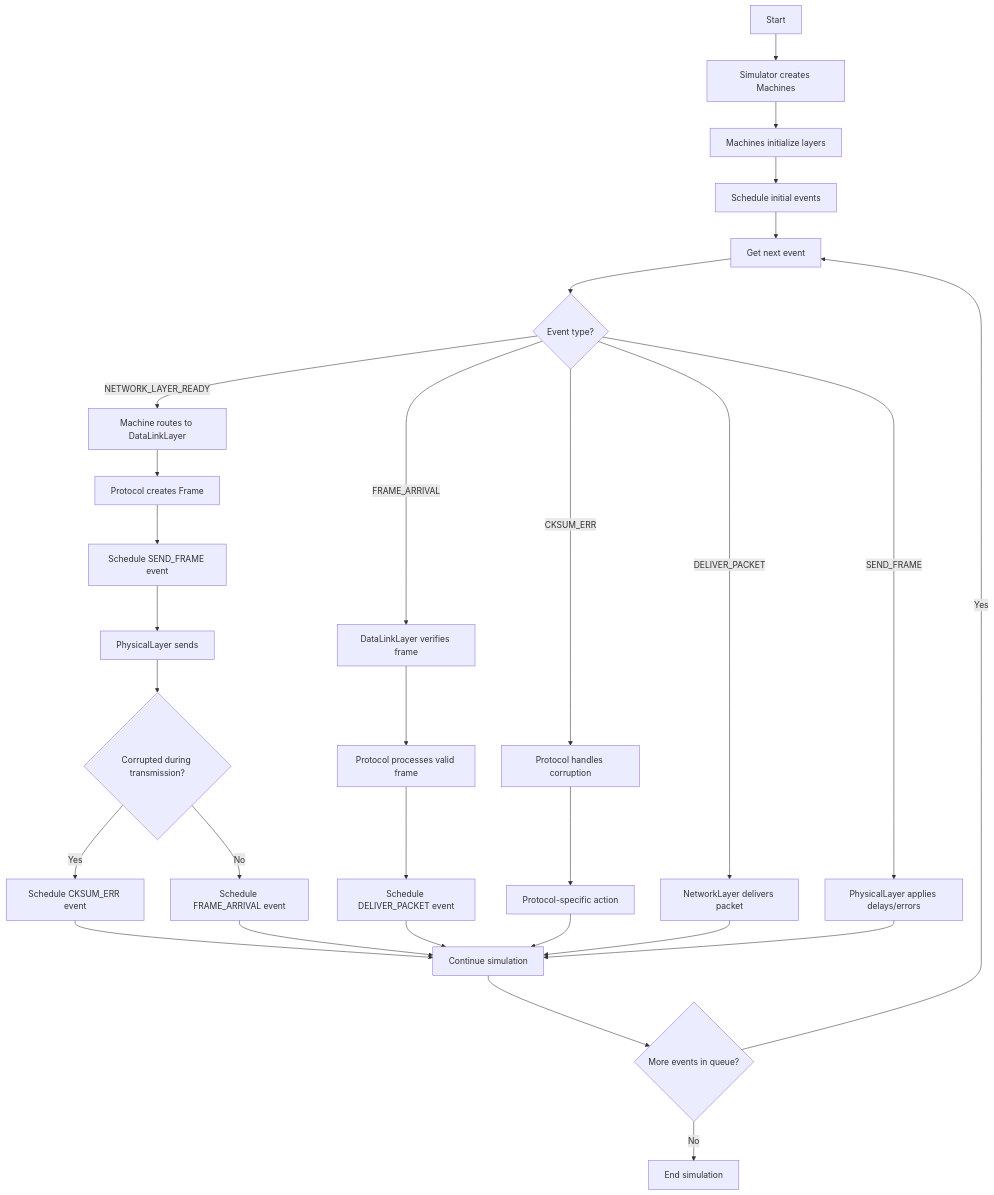
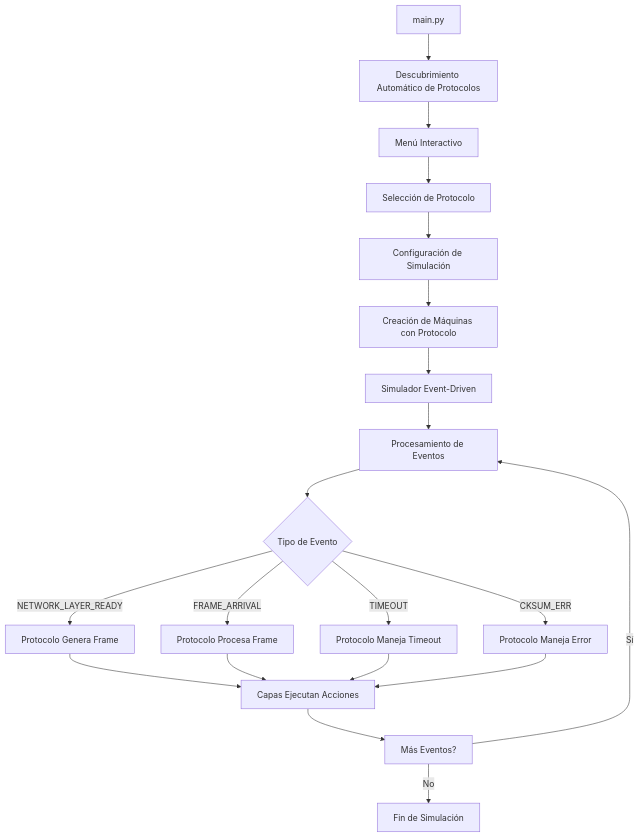
The first of 3 diagrams in README.md (PavsTEC/network_simulator), drawn with Mermaid before and after one commit. The commit also changed other lines of this file and 7 other files, not shown here.

````diff
--- a/README.md
+++ b/README.md
@@ -19,38 +66,26 @@
 ```mermaid
 flowchart TD
-    A[Start] --> B[Simulator creates Machines]
-    B --> C[Machines initialize layers]
-    C --> D[Schedule initial events]
-    D --> E[Get next event]
-    E --> F{Event type?}
-
-    F -->|NETWORK_LAYER_READY| G[Machine routes to DataLinkLayer]
-    G --> H[Protocol creates Frame]
-    H --> I[Schedule SEND_FRAME event]
-    I --> J[PhysicalLayer sends]
-    J --> K{Corrupted during transmission?}
-    K -->|Yes| L[Schedule CKSUM_ERR event]
-    K -->|No| M[Schedule FRAME_ARRIVAL event]
-
-    F -->|FRAME_ARRIVAL| N[DataLinkLayer verifies frame]
-    N --> O[Protocol processes valid frame]
-    O --> P[Schedule DELIVER_PACKET event]
-
-    F -->|CKSUM_ERR| Q[Protocol handles corruption]
-    Q --> R[Protocol-specific action]
-
-    F -->|DELIVER_PACKET| S[NetworkLayer delivers packet]
-
-    F -->|SEND_FRAME| T[PhysicalLayer applies delays/errors]
-
-    L --> U[Continue simulation]
-    M --> U
-    P --> U
-    R --> U
-    S --> U
-    T --> U
-
-    U --> V{More events in queue?}
-    V -->|Yes| E
-    V -->|No| W[End simulation]
+    A[main.py] --> B[Descubrimiento Automático de Protocolos]
+    B --> C[Menú Interactivo]
+    C --> D[Selección de Protocolo]
+    D --> E[Configuración de Simulación]
+    E --> F[Creación de Máquinas con Protocolo]
+    
+    F --> G[Simulador Event-Driven]
+    G --> H[Procesamiento de Eventos]
+    H --> I{Tipo de Evento}
+    
+    I -->|NETWORK_LAYER_READY| J[Protocolo Genera Frame]
+    I -->|FRAME_ARRIVAL| K[Protocolo Procesa Frame]  
+    I -->|TIMEOUT| L[Protocolo Maneja Timeout]
+    I -->|CKSUM_ERR| M[Protocolo Maneja Error]
+    
+    J --> N[Capas Ejecutan Acciones]
+    K --> N
+    L --> N  
+    M --> N
+    
+    N --> O[Más Eventos?]
+    O -->|Sí| H
+    O -->|No| P[Fin de Simulación]
 ```
````
